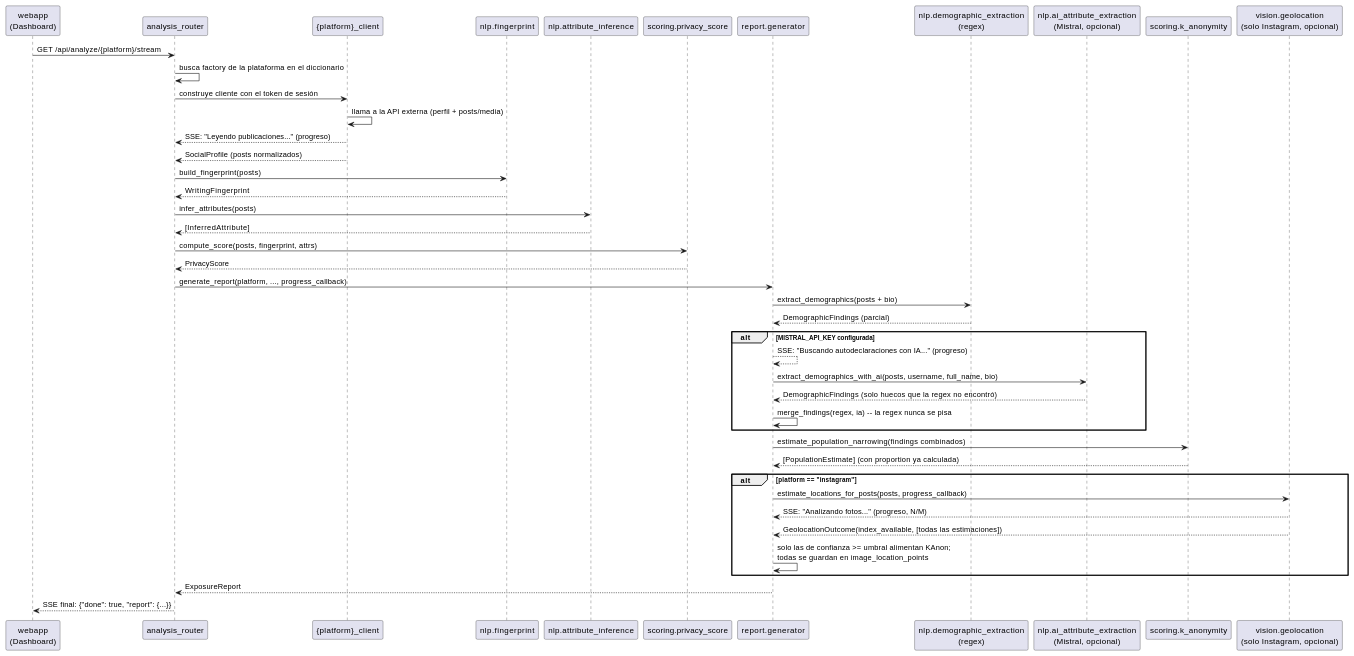
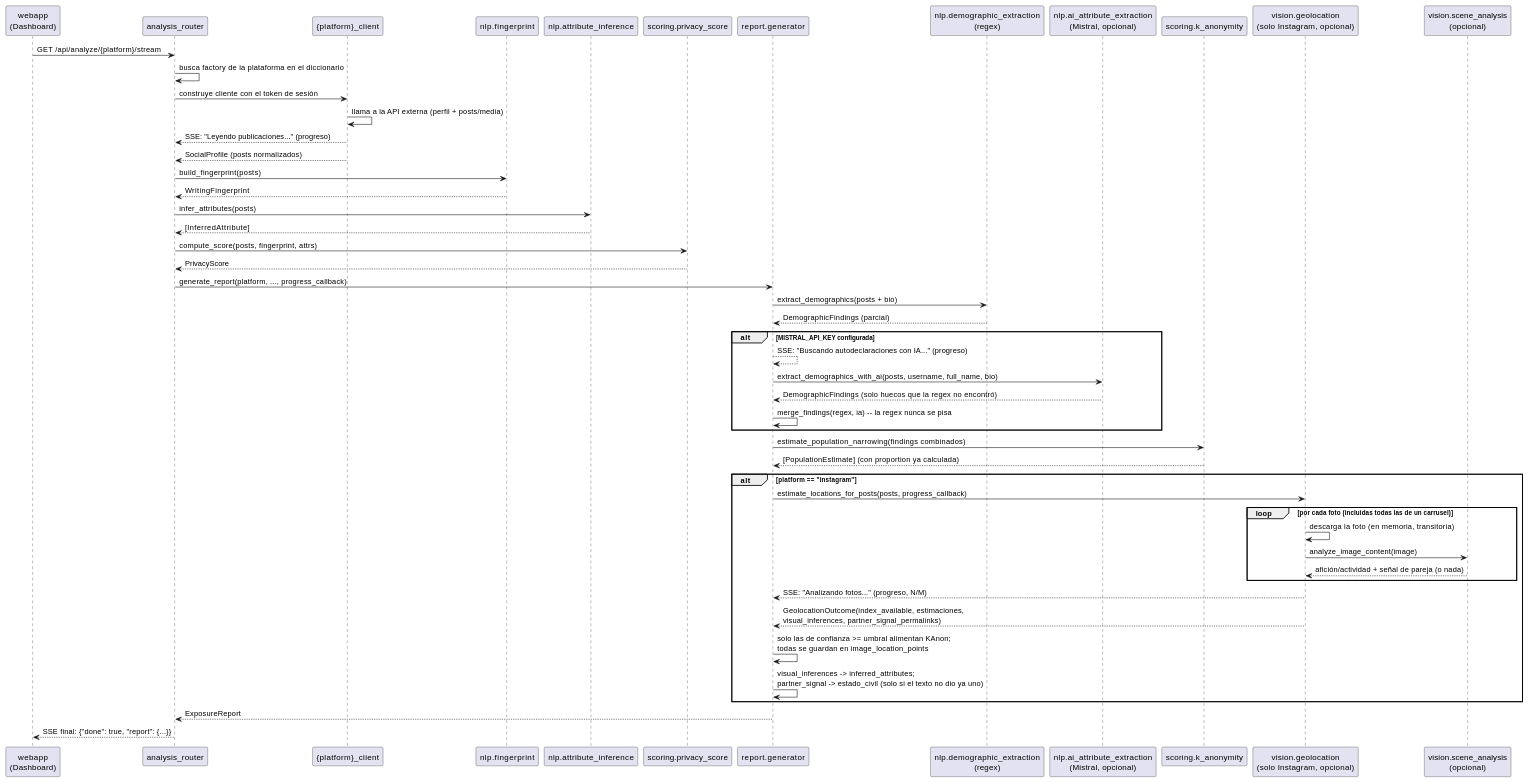
The third of 6 diagrams in docs/src/06_runtime_view.adoc (nacho50900/AmITraceable), drawn with PlantUML before and after one commit. The commit also changed 5 other files, not shown here.

```diff
--- a/docs/src/06_runtime_view.adoc
+++ b/docs/src/06_runtime_view.adoc
@@ -71,46 +71,53 @@
 [plantuml, "Secuencia de análisis con progreso", png]
 ----
 participant "webapp\n(Dashboard)" as FE
 participant "analysis_router" as Router
 participant "{platform}_client" as Client
 participant "nlp.fingerprint" as FP
 participant "nlp.attribute_inference" as Attr
 participant "scoring.privacy_score" as Score
 participant "report.generator" as Report
 participant "nlp.demographic_extraction\n(regex)" as Regex
 participant "nlp.ai_attribute_extraction\n(Mistral, opcional)" as AiAttr
 participant "scoring.k_anonymity" as KAnon
 participant "vision.geolocation\n(solo Instagram, opcional)" as Geo
+participant "vision.scene_analysis\n(opcional)" as Scene
 
 FE -> Router: GET /api/analyze/{platform}/stream
 Router -> Router: busca factory de la plataforma en el diccionario
 Router -> Client: construye cliente con el token de sesión
 Client -> Client: llama a la API externa (perfil + posts/media)
 Client --> Router: SSE: "Leyendo publicaciones..." (progreso)
 Client --> Router: SocialProfile (posts normalizados)
 Router -> FP: build_fingerprint(posts)
 FP --> Router: WritingFingerprint
 Router -> Attr: infer_attributes(posts)
 Attr --> Router: [InferredAttribute]
 Router -> Score: compute_score(posts, fingerprint, attrs)
 Score --> Router: PrivacyScore
 Router -> Report: generate_report(platform, ..., progress_callback)
 Report -> Regex: extract_demographics(posts + bio)
 Regex --> Report: DemographicFindings (parcial)
 alt MISTRAL_API_KEY configurada
   Report --> Report: SSE: "Buscando autodeclaraciones con IA..." (progreso)
   Report -> AiAttr: extract_demographics_with_ai(posts, username, full_name, bio)
   AiAttr --> Report: DemographicFindings (solo huecos que la regex no encontró)
   Report -> Report: merge_findings(regex, ia) -- la regex nunca se pisa
 end
 Report -> KAnon: estimate_population_narrowing(findings combinados)
 KAnon --> Report: [PopulationEstimate] (con proportion ya calculada)
 alt platform == "instagram"
   Report -> Geo: estimate_locations_for_posts(posts, progress_callback)
+  loop por cada foto (incluidas todas las de un carrusel)
+    Geo -> Geo: descarga la foto (en memoria, transitoria)
+    Geo -> Scene: analyze_image_content(image)
+    Scene --> Geo: afición/actividad + señal de pareja (o nada)
+  end
   Geo --> Report: SSE: "Analizando fotos..." (progreso, N/M)
-  Geo --> Report: GeolocationOutcome(index_available, [todas las estimaciones])
+  Geo --> Report: GeolocationOutcome(index_available, estimaciones,\nvisual_inferences, partner_signal_permalinks)
   Report -> Report: solo las de confianza >= umbral alimentan KAnon;\ntodas se guardan en image_location_points
+  Report -> Report: visual_inferences -> inferred_attributes;\npartner_signal -> estado_civil (solo si el texto no dio ya uno)
 end
 Report --> Router: ExposureReport
 Router --> FE: SSE final: {"done": true, "report": {...}}
 ----
```
